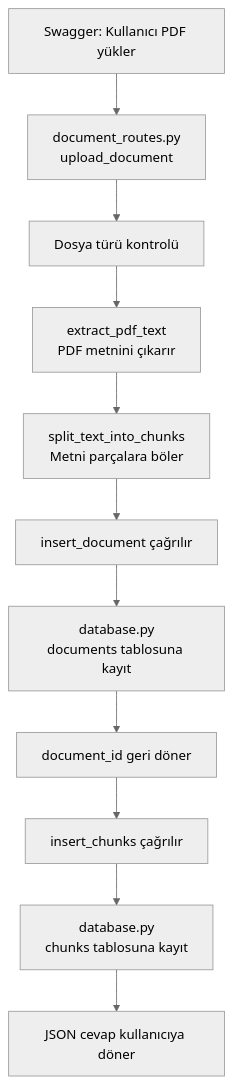
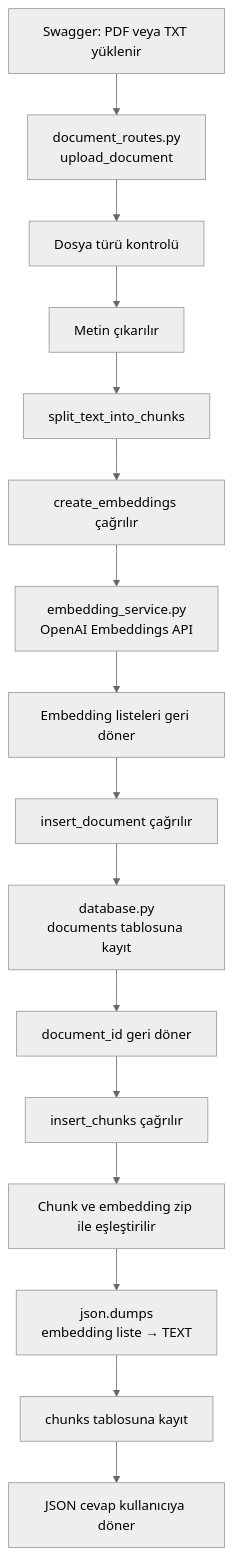
The diagram in docs/architecture/document-upload-flow.md (Harriery/datapilot-ai), drawn with Mermaid (neutral theme) before and after one commit. The commit also changed other lines of this file and 3 other files, not shown here.

Commit message:
feat: add chunk embeddings and database storage

````diff
--- a/docs/architecture/document-upload-flow.md
+++ b/docs/architecture/document-upload-flow.md
@@ -59,25 +97,35 @@
 ```mermaid
 flowchart TD
-    A[Swagger: Kullanıcı PDF yükler]
+    A[Swagger: PDF veya TXT yüklenir]
     B[document_routes.py<br/>upload_document]
     C[Dosya türü kontrolü]
-    D[extract_pdf_text<br/>PDF metnini çıkarır]
-    E[split_text_into_chunks<br/>Metni parçalara böler]
-    F[insert_document çağrılır]
-    G[database.py<br/>documents tablosuna kayıt]
-    H[document_id geri döner]
-    I[insert_chunks çağrılır]
-    J[database.py<br/>chunks tablosuna kayıt]
-    K[JSON cevap kullanıcıya döner]
+    D[Metin çıkarılır]
+    E[split_text_into_chunks]
+    F[create_embeddings çağrılır]
+    G[embedding_service.py<br/>OpenAI Embeddings API]
+    H[Embedding listeleri geri döner]
+    I[insert_document çağrılır]
+    J[database.py<br/>documents tablosuna kayıt]
+    K[document_id geri döner]
+    L[insert_chunks çağrılır]
+    M[Chunk ve embedding zip ile eşleştirilir]
+    N[json.dumps<br/>embedding liste → TEXT]
+    O[chunks tablosuna kayıt]
+    P[JSON cevap kullanıcıya döner]
 
     A --> B
     B --> C
     C --> D
     D --> E
     E --> F
     F --> G
     G --> H
     H --> I
     I --> J
     J --> K
+    K --> L
+    L --> M
+    M --> N
+    N --> O
+    O --> P
 ```
````
